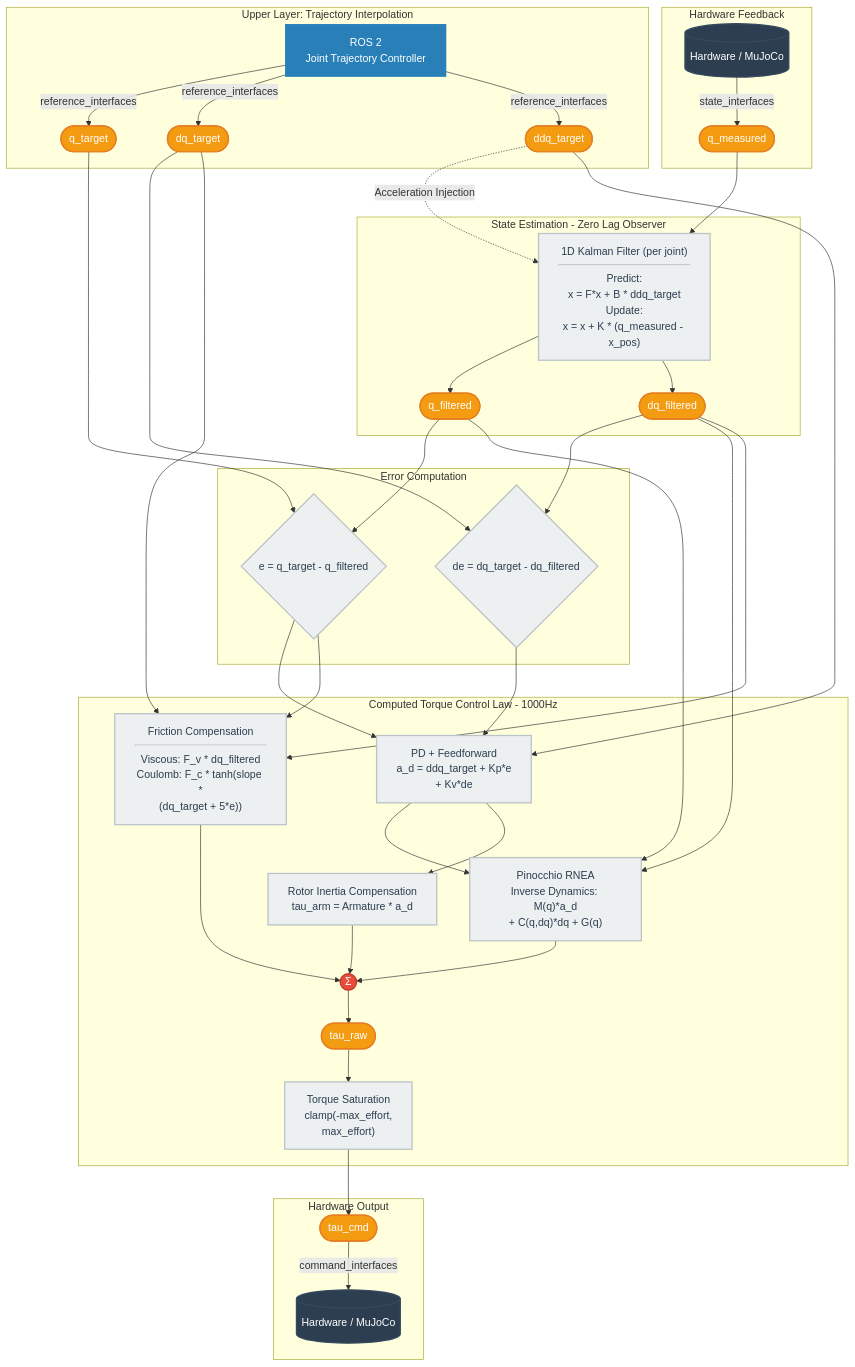
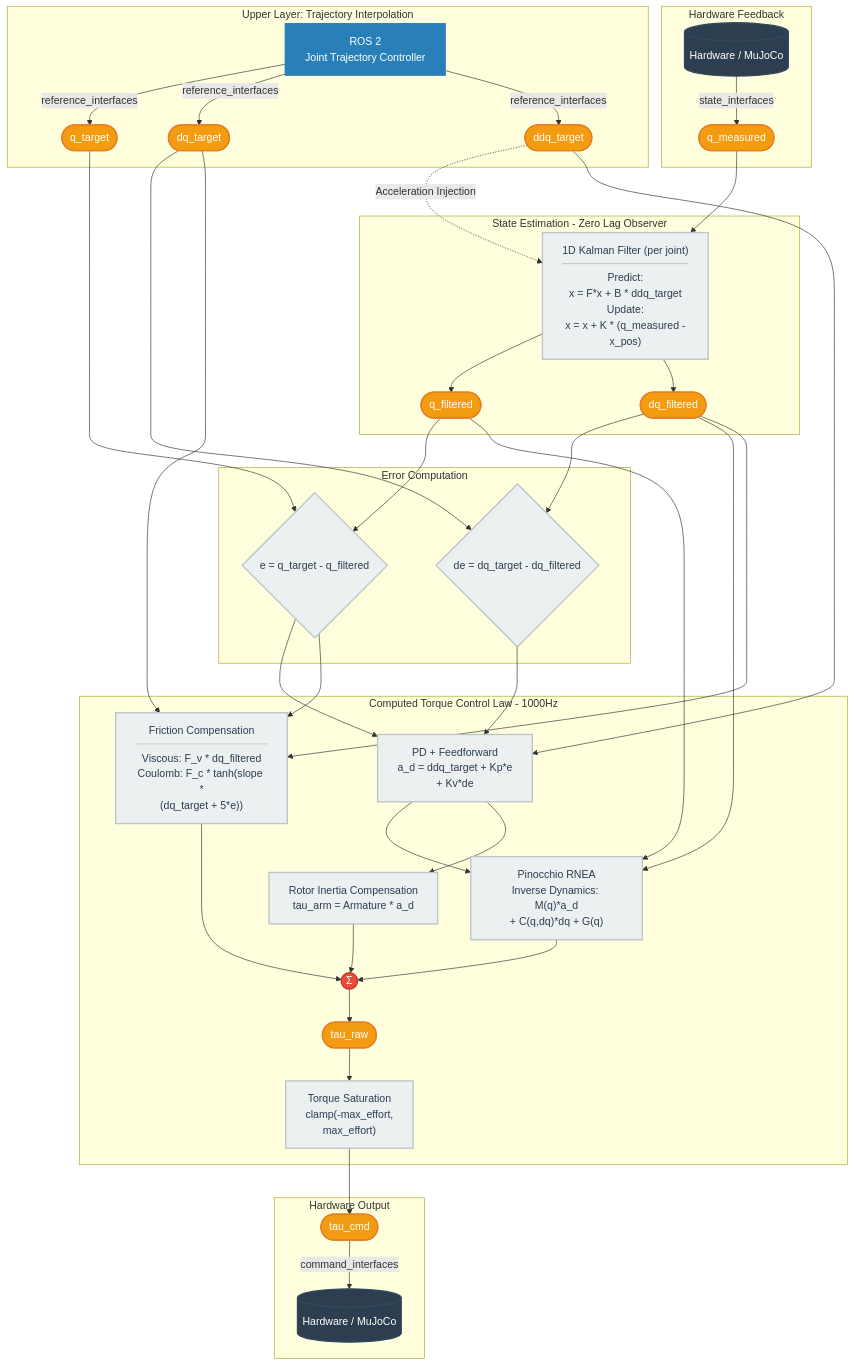
One commit to Tianyi-Wang-1206/Deterministic-Motion-Planning-and-Dynamics-Control-Framework-for-Lightweight-6-Axis-Robotic-Arms changed the second of 2 diagrams in README.md. Above: the diagram before and after it, drawn with Mermaid.

````diff
--- a/README.md
+++ b/README.md
@@ -125,70 +125,70 @@
 ```mermaid
 flowchart TD
     %% Define Styles
     classDef hardware fill:#2c3e50,stroke:#34495e,stroke-width:2px,color:#fff;
     classDef jtc fill:#2980b9,stroke:#2980b9,stroke-width:2px,color:#fff;
     classDef data fill:#f39c12,stroke:#e67e22,stroke-width:2px,color:#fff,shape:pill;
     classDef calc fill:#ecf0f1,stroke:#bdc3c7,stroke-width:2px,color:#2c3e50;
     classDef sum fill:#e74c3c,stroke:#c0392b,stroke-width:2px,color:#fff,shape:circle;
 
     %% 1. Upstream Layer
     subgraph L1 [Upper Layer: Trajectory Interpolation]
         JTC[ROS 2<br/>Joint Trajectory Controller]:::jtc
         JTC -- reference_interfaces --> Q_T([q_target]):::data
         JTC -- reference_interfaces --> DQ_T([dq_target]):::data
         JTC -- reference_interfaces --> DDQ_T([ddq_target]):::data
     end
 
     %% 2. Hardware Feedback
     subgraph L2 [Hardware Feedback]
         HW_Read[(Hardware / MuJoCo)]:::hardware
         HW_Read -- state_interfaces --> Q_M([q_measured]):::data
     end
 
     %% 3. State Estimator (Zero-Lag Observer)
     subgraph L3 [State Estimation - Zero Lag Observer]
-        KF["1D Kalman Filter (per joint)<hr/>Predict:<br/>x = F*x + B * ddq_target<br/>Update:<br/>x = x + K * (q_measured - x_pos)"]:::calc
+        KF["1D Kalman Filter (per joint)<hr/>Predict:<br/>x = F*x + B * ddq_target<br/>Update:<br/>x = x + K * (q_measured -<br/>x_pos)"]:::calc
         Q_M --> KF
         DDQ_T -. Acceleration Injection .-> KF
         KF --> Q_F([q_filtered]):::data
         KF --> DQ_F([dq_filtered]):::data
     end
 
     %% 4. Error Computation
     subgraph L4 [Error Computation]
         Q_T --> ERR_Q{"e = q_target - q_filtered"}:::calc
         Q_F --> ERR_Q
         DQ_T --> ERR_DQ{"de = dq_target - dq_filtered"}:::calc
         DQ_F --> ERR_DQ
     end
 
     %% 5. Control Law & Dynamics
     subgraph L5 [Computed Torque Control Law - 1000Hz]
         ERR_Q --> PD["PD + Feedforward<br/>a_d = ddq_target + Kp*e<br/>+ Kv*de"]:::calc
         ERR_DQ --> PD
         DDQ_T --> PD
 
         PD --> RNEA["Pinocchio RNEA<br/>Inverse Dynamics: M(q)*a_d<br/>+ C(q,dq)*dq + G(q)"]:::calc
         Q_F --> RNEA
         DQ_F --> RNEA
 
         PD --> ARM["Rotor Inertia Compensation<br/>tau_arm = Armature * a_d"]:::calc
 
         DQ_F --> FRIC["Friction Compensation<hr/>Viscous: F_v * dq_filtered<br/>Coulomb: F_c * tanh(slope *<br/>(dq_target + 5*e))"]:::calc
         DQ_T --> FRIC
         ERR_Q --> FRIC
 
         RNEA --> SUM(("Σ")):::sum
         ARM --> SUM
         FRIC --> SUM
 
         SUM --> TAU_RAW([tau_raw]):::data
         TAU_RAW --> SAT["Torque Saturation<br/>clamp(-max_effort,<br/>max_effort)"]:::calc
     end
 
     %% 6. Hardware Output
     subgraph L6 [Hardware Output]
         SAT --> TAU_CMD([tau_cmd]):::data
         TAU_CMD -- command_interfaces --> HW_Write[(Hardware / MuJoCo)]:::hardware
     end
 ```
````
